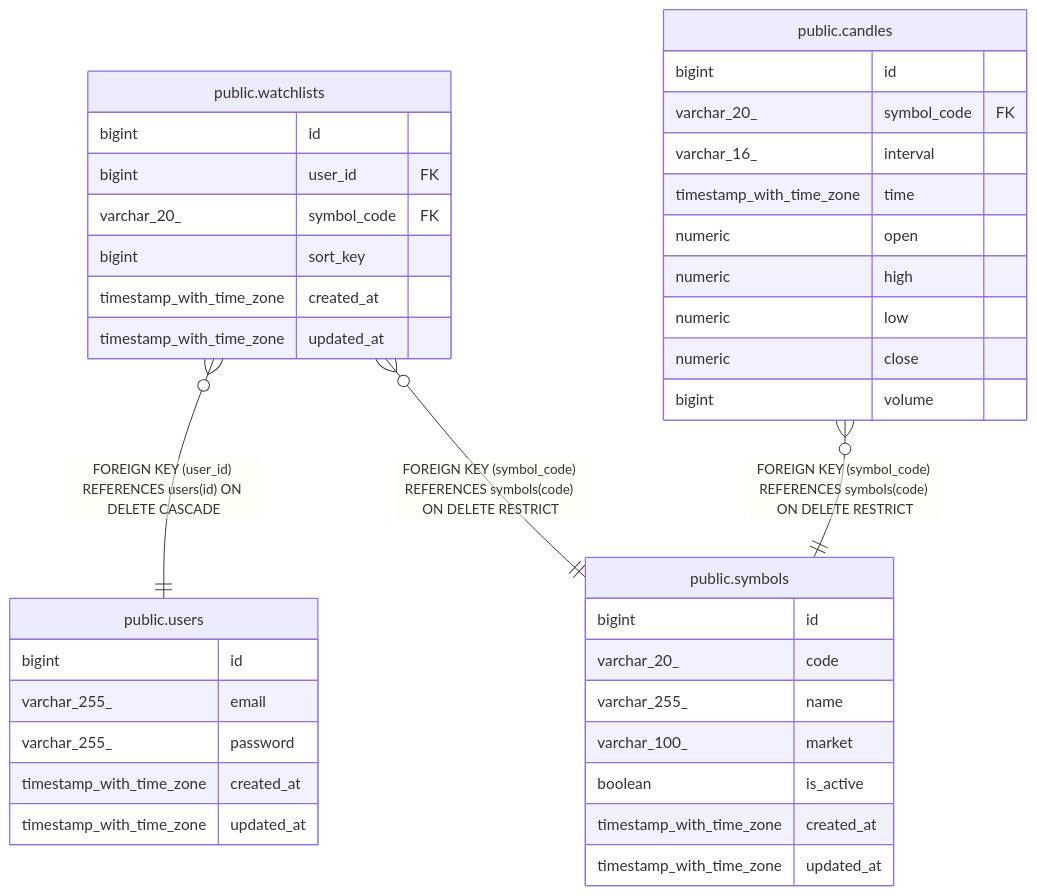
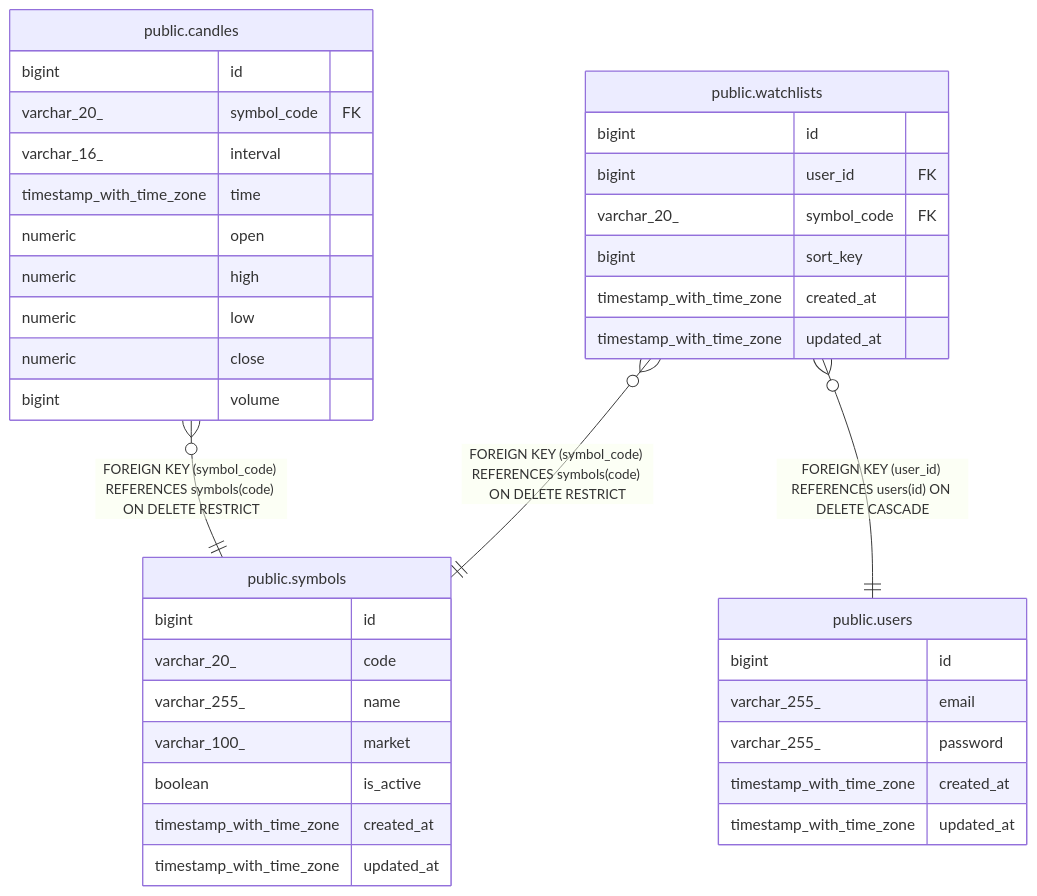
Before and after one commit to UCHIDAnobuhiro/stock_backend: the diagram in docs/schema/README.md, drawn with Mermaid. The commit also changed other lines of this file and 3 other files, not shown here.

````diff
--- a/docs/schema/README.md
+++ b/docs/schema/README.md
@@ -14,43 +14,43 @@
 ```mermaid
 erDiagram
 
+"public.candles" }o--|| "public.symbols" : "FOREIGN KEY (symbol_code) REFERENCES symbols(code) ON DELETE RESTRICT"
 "public.watchlists" }o--|| "public.users" : "FOREIGN KEY (user_id) REFERENCES users(id) ON DELETE CASCADE"
 "public.watchlists" }o--|| "public.symbols" : "FOREIGN KEY (symbol_code) REFERENCES symbols(code) ON DELETE RESTRICT"
-"public.candles" }o--|| "public.symbols" : "FOREIGN KEY (symbol_code) REFERENCES symbols(code) ON DELETE RESTRICT"
 
 "public.users" {
   bigint id ""
   varchar_255_ email ""
   varchar_255_ password ""
   timestamp_with_time_zone created_at ""
   timestamp_with_time_zone updated_at ""
+}
+"public.candles" {
+  bigint id ""
+  varchar_20_ symbol_code FK ""
+  varchar_16_ interval ""
+  timestamp_with_time_zone time ""
+  numeric open ""
+  numeric high ""
+  numeric low ""
+  numeric close ""
+  bigint volume ""
 }
 "public.symbols" {
   bigint id ""
   varchar_20_ code ""
   varchar_255_ name ""
   varchar_100_ market ""
   boolean is_active ""
   timestamp_with_time_zone created_at ""
   timestamp_with_time_zone updated_at ""
 }
 "public.watchlists" {
   bigint id ""
   bigint user_id FK ""
   varchar_20_ symbol_code FK ""
   bigint sort_key ""
   timestamp_with_time_zone created_at ""
   timestamp_with_time_zone updated_at ""
 }
-"public.candles" {
-  bigint id ""
-  varchar_20_ symbol_code FK ""
-  varchar_16_ interval ""
-  timestamp_with_time_zone time ""
-  numeric open ""
-  numeric high ""
-  numeric low ""
-  numeric close ""
-  bigint volume ""
-}
 ```
````
